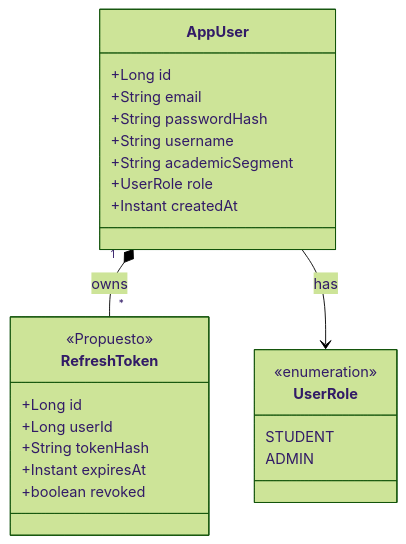
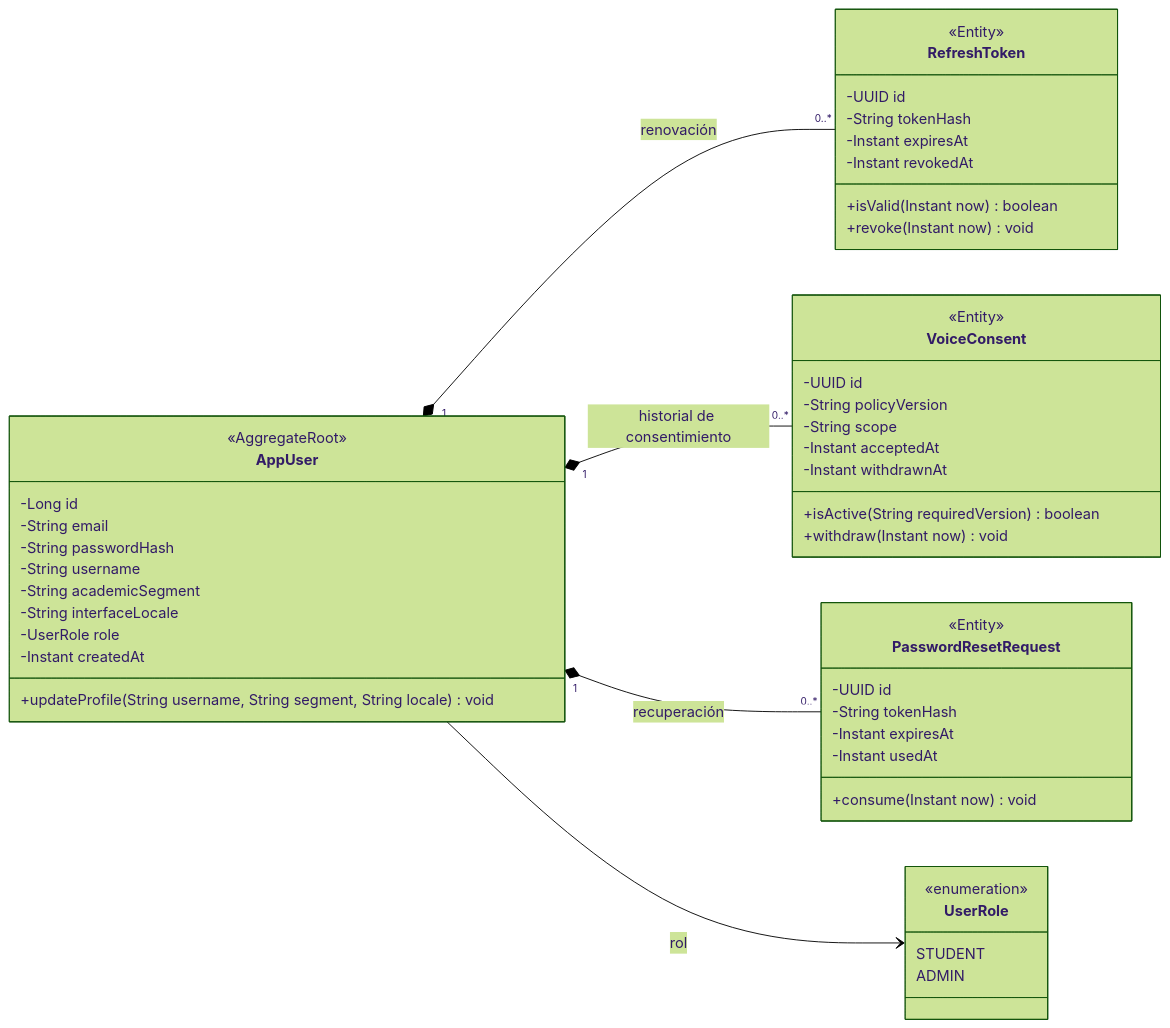
One commit to upc-pre-202620-si728-16365-thropic/talki-project-report changed the diagram in assets/diagrams/tactical/08-identity-access-classes.mmd. Above: the diagram before and after it, drawn with Mermaid (forest theme). The commit also changed 6 other files, not shown here.

```diff
--- a/assets/diagrams/tactical/08-identity-access-classes.mmd
+++ b/assets/diagrams/tactical/08-identity-access-classes.mmd
@@ -1,25 +1,50 @@
 classDiagram
-    class AppUser {
-        +Long id
-        +String email
-        +String passwordHash
-        +String username
-        +String academicSegment
-        +UserRole role
-        +Instant createdAt
-    }
-    class UserRole {
-        <<enumeration>>
-        STUDENT
-        ADMIN
-    }
-    class RefreshToken {
-        <<Propuesto>>
-        +Long id
-        +Long userId
-        +String tokenHash
-        +Instant expiresAt
-        +boolean revoked
-    }
-    AppUser "1" *-- "*" RefreshToken : owns
-    AppUser --> UserRole : has
+ direction LR
+class AppUser {
+  <<AggregateRoot>>
+  -Long id
+  -String email
+  -String passwordHash
+  -String username
+  -String academicSegment
+  -String interfaceLocale
+  -UserRole role
+  -Instant createdAt
+  +updateProfile(String username, String segment, String locale) void
+}
+class UserRole {
+  <<enumeration>>
+  STUDENT
+  ADMIN
+}
+class RefreshToken {
+  <<Entity>>
+  -UUID id
+  -String tokenHash
+  -Instant expiresAt
+  -Instant revokedAt
+  +isValid(Instant now) boolean
+  +revoke(Instant now) void
+}
+class VoiceConsent {
+  <<Entity>>
+  -UUID id
+  -String policyVersion
+  -String scope
+  -Instant acceptedAt
+  -Instant withdrawnAt
+  +isActive(String requiredVersion) boolean
+  +withdraw(Instant now) void
+}
+class PasswordResetRequest {
+  <<Entity>>
+  -UUID id
+  -String tokenHash
+  -Instant expiresAt
+  -Instant usedAt
+  +consume(Instant now) void
+}
+AppUser "1" *-- "0..*" RefreshToken : renovación
+AppUser "1" *-- "0..*" VoiceConsent : historial de consentimiento
+AppUser "1" *-- "0..*" PasswordResetRequest : recuperación
+AppUser --> UserRole : rol
```
